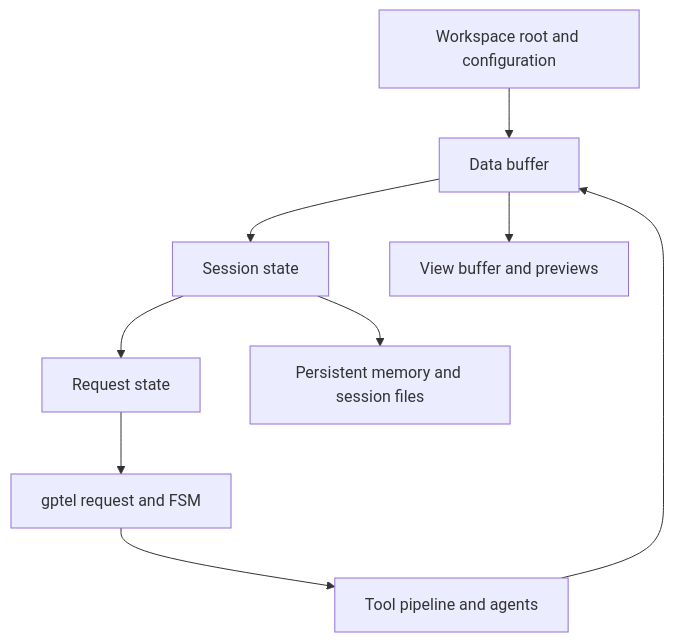
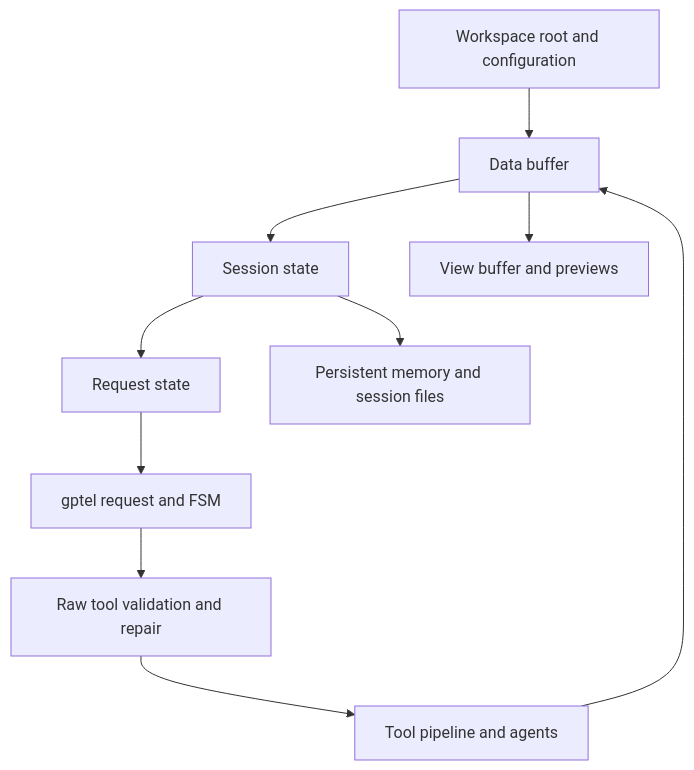
The diagram in docs/architecture.md (FrauH0lle/mevedel), drawn with Mermaid before and after one commit. The commit also changed other lines of this file and 28 other files, not shown here.

````diff
--- a/docs/architecture.md
+++ b/docs/architecture.md
@@ -5,11 +5,12 @@
 ```mermaid
 flowchart TD
     A[Workspace root and configuration] --> B[Data buffer]
     B --> C[Session state]
     C --> D[Request state]
     D --> E[gptel request and FSM]
-    E --> F[Tool pipeline and agents]
+    E --> R[Raw tool validation and repair]
+    R --> F[Tool pipeline and agents]
     F --> B
     B --> G[View buffer and previews]
     C --> H[Persistent memory and session files]
 ```
````
